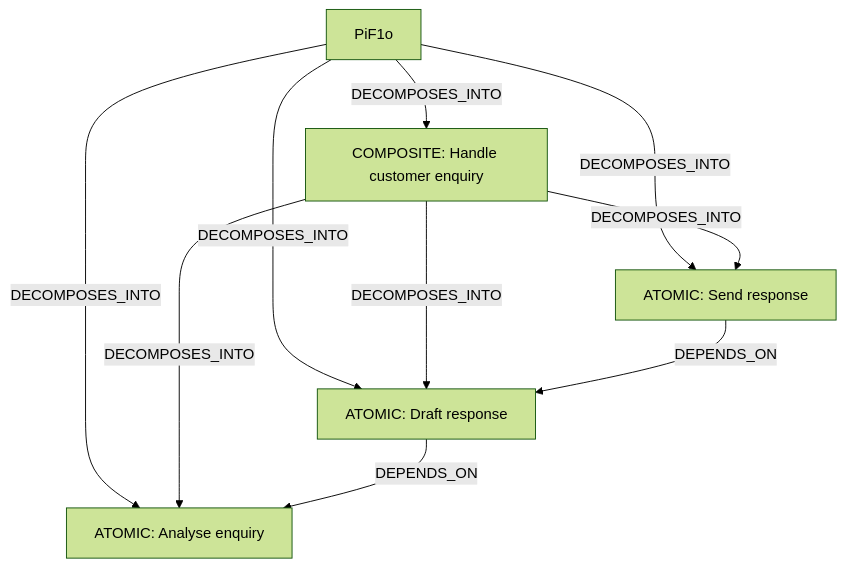
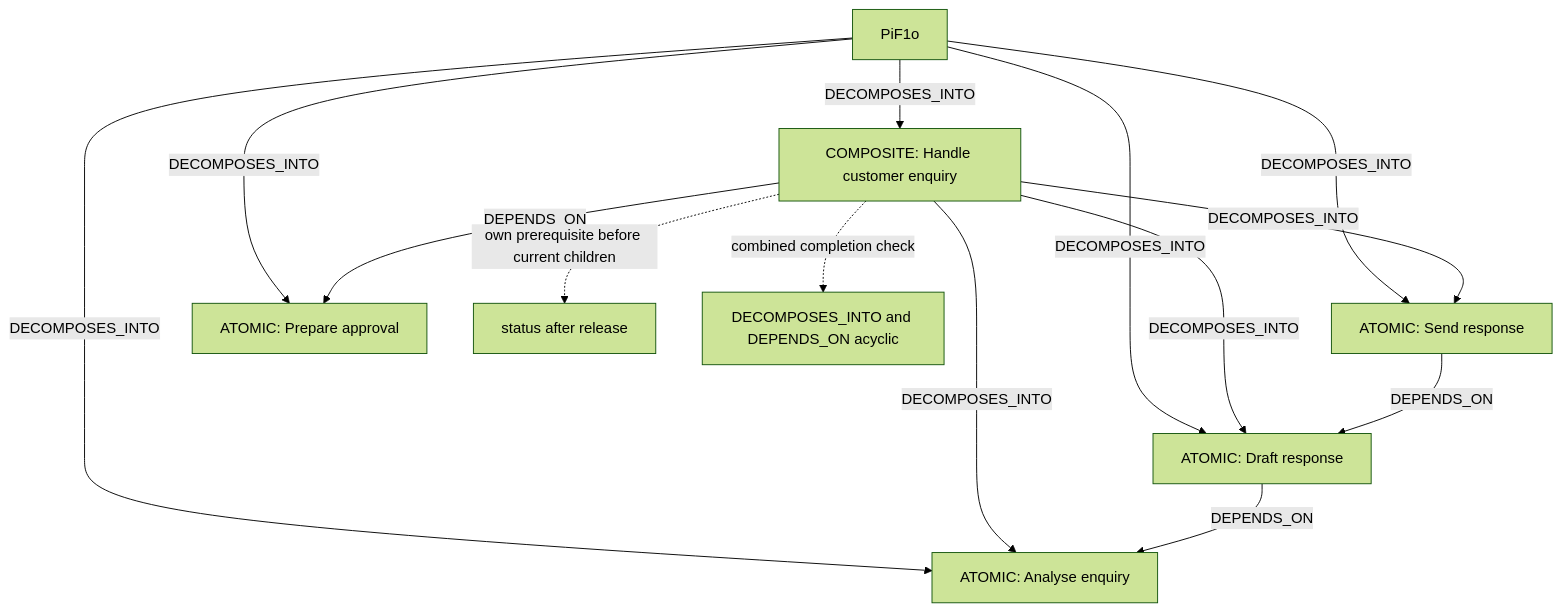
The third of 12 diagrams in docs/en/guides/JCI_EXAMPLE.md (eeimicke/junaco-jci-loop), drawn with Mermaid (forest theme) before and after one commit. The commit also changed other lines of this file and 42 other files, not shown here.

````diff
--- a/docs/en/guides/JCI_EXAMPLE.md
+++ b/docs/en/guides/JCI_EXAMPLE.md
@@ -100,12 +100,16 @@
 ```mermaid
 flowchart TD
     Goal[PiF1o] -->|DECOMPOSES_INTO| Parent[COMPOSITE: Handle customer enquiry]
     Goal -->|DECOMPOSES_INTO| Analyse[ATOMIC: Analyse enquiry]
     Goal -->|DECOMPOSES_INTO| Draft[ATOMIC: Draft response]
     Goal -->|DECOMPOSES_INTO| Send[ATOMIC: Send response]
     Parent -->|DECOMPOSES_INTO| Analyse
     Parent -->|DECOMPOSES_INTO| Draft
     Parent -->|DECOMPOSES_INTO| Send
     Draft -->|DEPENDS_ON| Analyse
     Send -->|DEPENDS_ON| Draft
+    Goal -->|DECOMPOSES_INTO| Prerequisite[ATOMIC: Prepare approval]
+    Parent -->|DEPENDS_ON| Prerequisite
+    Parent -. own prerequisite before current children .-> Status[status after release]
+    Parent -. combined completion check .-> CycleCheck[DECOMPOSES_INTO and DEPENDS_ON acyclic]
 ```
````
